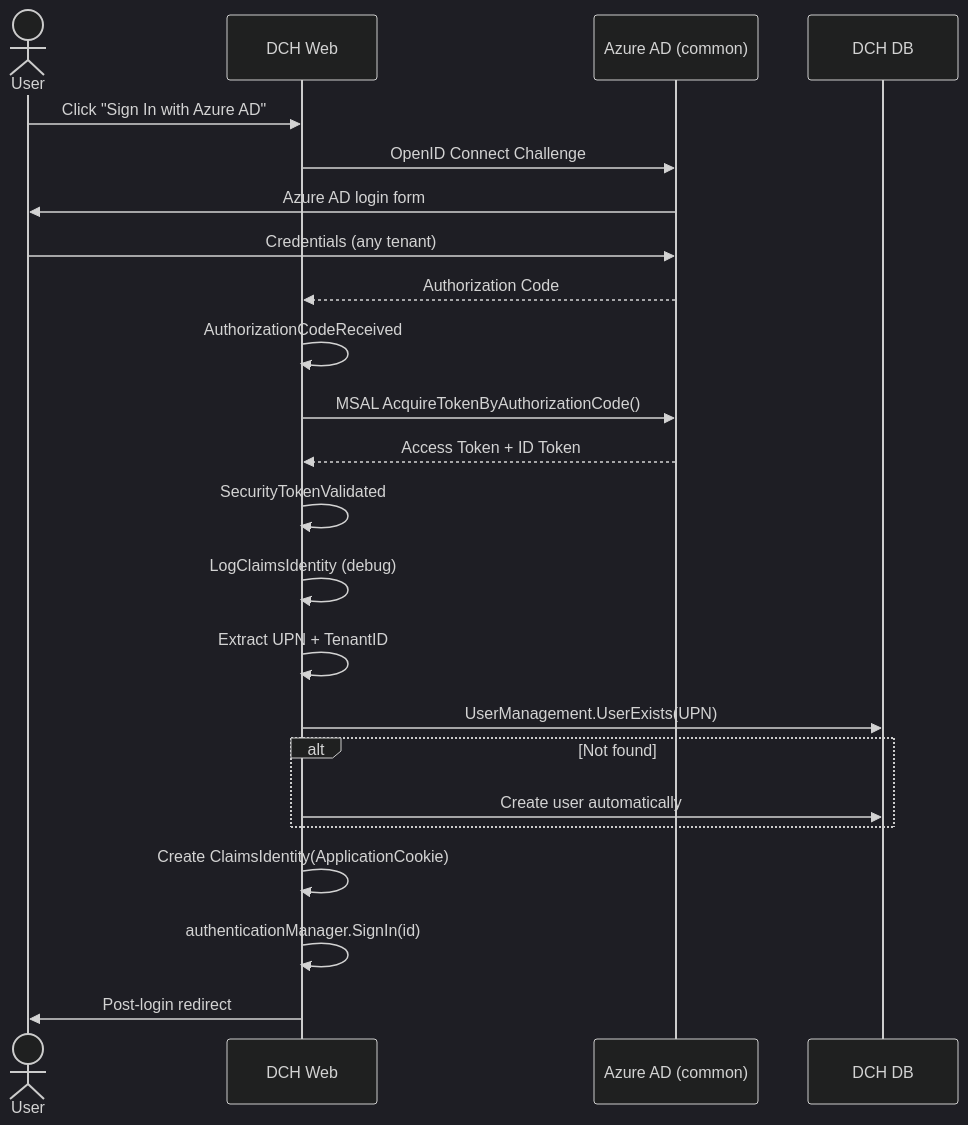
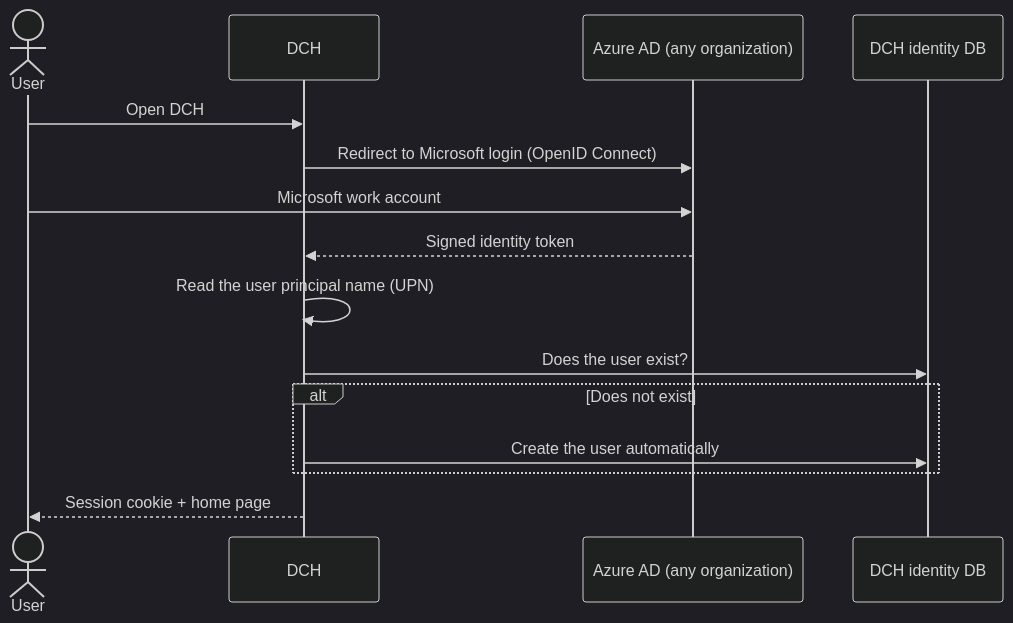
One commit to dserranotools/DCH_Implementations changed the fifth of 15 diagrams in Docs/AuthAnalysis/DCH_SO99_Authentication_Analysis.en.md. Above: the diagram before and after it, drawn with Mermaid (dark theme). The commit also changed other lines of this file and 2 other files, not shown here.

Commit message:
Refactor authentication and authorization documentation for DCH and SO99+: streamline executive summary, enhance clarity on user roles and permissions, and improve alignment recommendations. Update README for better navigation and document structure.

````diff
--- a/Docs/AuthAnalysis/DCH_SO99_Authentication_Analysis.en.md
+++ b/Docs/AuthAnalysis/DCH_SO99_Authentication_Analysis.en.md
@@ -212,31 +229,18 @@
 ```mermaid
 sequenceDiagram
     actor U as User
-    participant D as DCH Web
-    participant AAD as Azure AD (common)
-    participant DB as DCH DB
+    participant D as DCH
+    participant AAD as Azure AD (any organization)
+    participant DB as DCH identity DB
 
-    U->>D: Click "Sign In with Azure AD"
-    D->>AAD: OpenID Connect Challenge
-    AAD->>U: Azure AD login form
-    U->>AAD: Credentials (any tenant)
-    
-    AAD-->>D: Authorization Code
-    D->>D: AuthorizationCodeReceived
-    
-    D->>AAD: MSAL AcquireTokenByAuthorizationCode()
-    AAD-->>D: Access Token + ID Token
-    
-    D->>D: SecurityTokenValidated
-    D->>D: LogClaimsIdentity (debug)
-    D->>D: Extract UPN + TenantID
-    
-    D->>DB: UserManagement.UserExists(UPN)
-    alt Not found
-        D->>DB: Create user automatically
+    U->>D: Open DCH
+    D->>AAD: Redirect to Microsoft login (OpenID Connect)
+    U->>AAD: Microsoft work account
+    AAD-->>D: Signed identity token
+    D->>D: Read the user principal name (UPN)
+    D->>DB: Does the user exist?
+    alt Does not exist
+        D->>DB: Create the user automatically
     end
-    
-    D->>D: Create ClaimsIdentity(ApplicationCookie)
-    D->>D: authenticationManager.SignIn(id)
-    D->>U: Post-login redirect
+    D-->>U: Session cookie + home page
 ```
````
